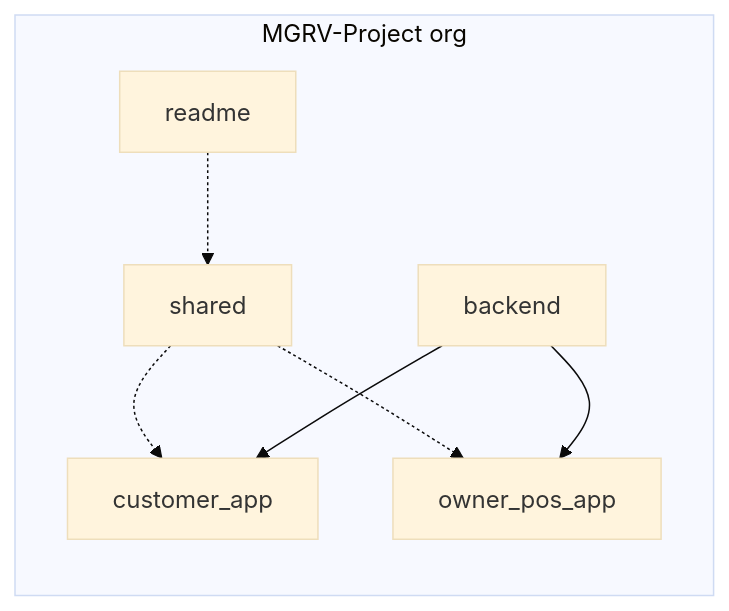
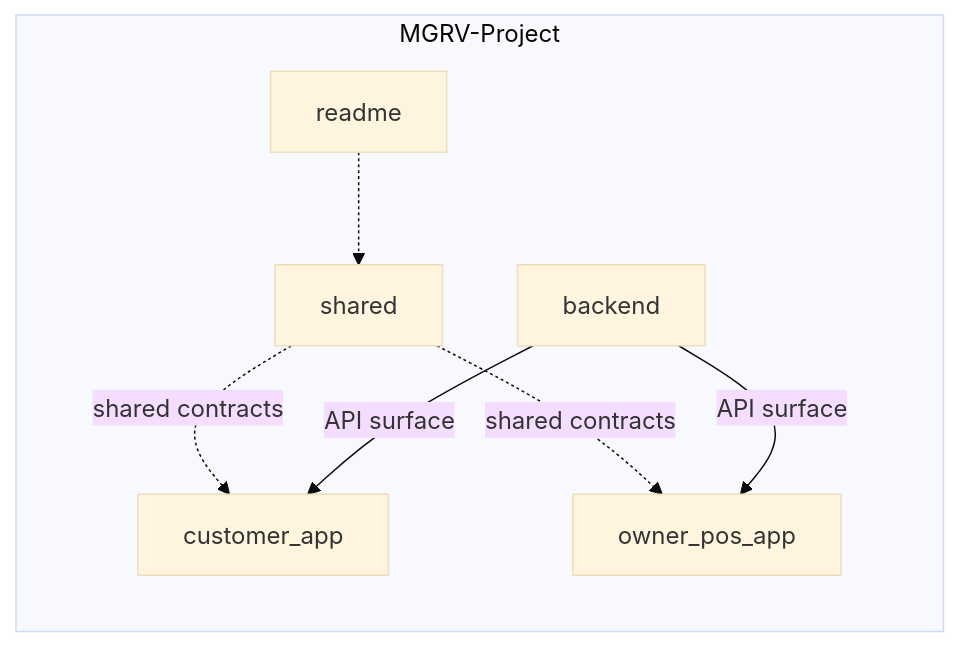
Before and after one commit to MGRV-Project/.github: the second of 3 diagrams in profile/README.md, drawn with Mermaid (base theme). The commit also changed other lines of this file, not shown here.

Commit message:
Rewrite org profile README: nav links, positioning line, no emoji

````diff
--- a/profile/README.md
+++ b/profile/README.md
@@ -23,16 +62,16 @@
 ```mermaid
 flowchart LR
-    subgraph MGRV["MGRV-Project org"]
+    subgraph MGRV["MGRV-Project"]
         RM[readme]
         SH[shared]
         BE[backend]
         CA[customer_app]
         OP[owner_pos_app]
     end
 
-    SH -.-> CA
-    SH -.-> OP
-    BE --> CA
-    BE --> OP
+    SH -.->|shared contracts| CA
+    SH -.->|shared contracts| OP
+    BE -->|API surface| CA
+    BE -->|API surface| OP
     RM -.-> SH
 ```
````
